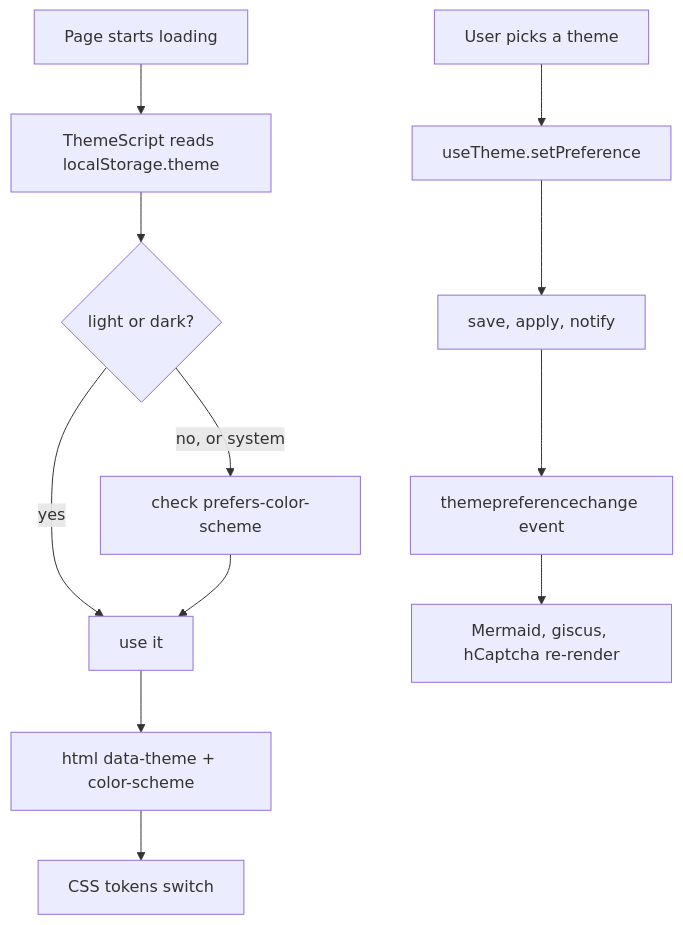
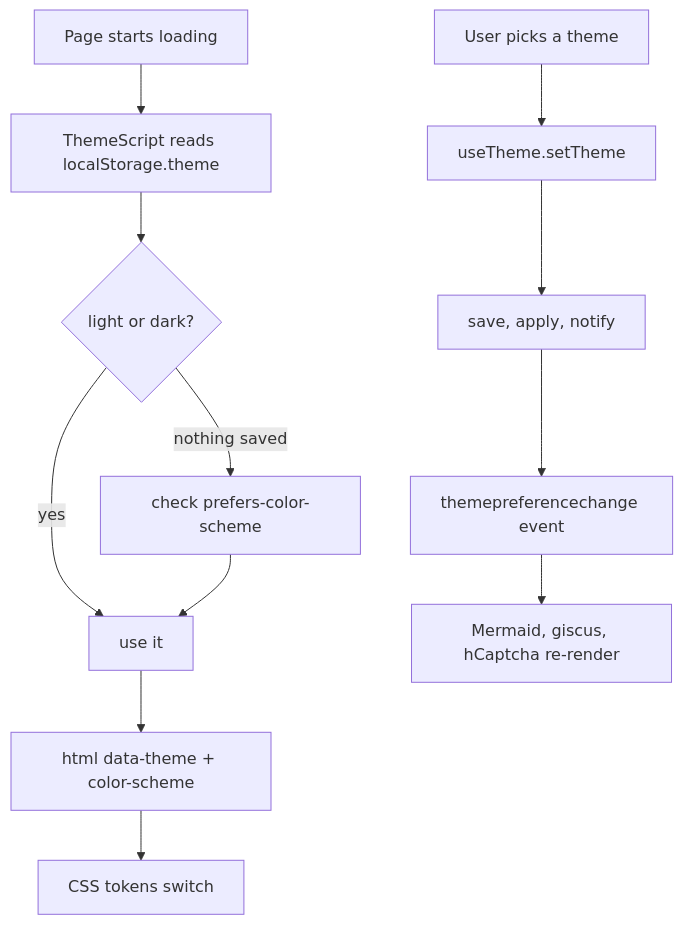
Before and after one commit to shibbirweb/shibbirweb.github.io: the diagram in docs/wiki/Theme-System.md, drawn with Mermaid. The commit also changed other lines of this file and 16 other files, not shown here.

First line of the commit message:
feat(theme): drop the System option and follow the device until a theme is picked

````diff
--- a/docs/wiki/Theme-System.md
+++ b/docs/wiki/Theme-System.md
@@ -22,14 +22,14 @@
 ```mermaid
 flowchart TD
     A[Page starts loading] --> B[ThemeScript reads localStorage.theme]
     B --> C{light or dark?}
     C -- yes --> D[use it]
-    C -- no, or system --> E[check prefers-color-scheme]
+    C -- nothing saved --> E[check prefers-color-scheme]
     E --> D
     D --> F["html data-theme + color-scheme"]
     F --> G[CSS tokens switch]
-    H[User picks a theme] --> I[useTheme.setPreference]
+    H[User picks a theme] --> I[useTheme.setTheme]
     I --> J[save, apply, notify]
     J --> K[themepreferencechange event]
     K --> L[Mermaid, giscus, hCaptcha re-render]
 ```
````
